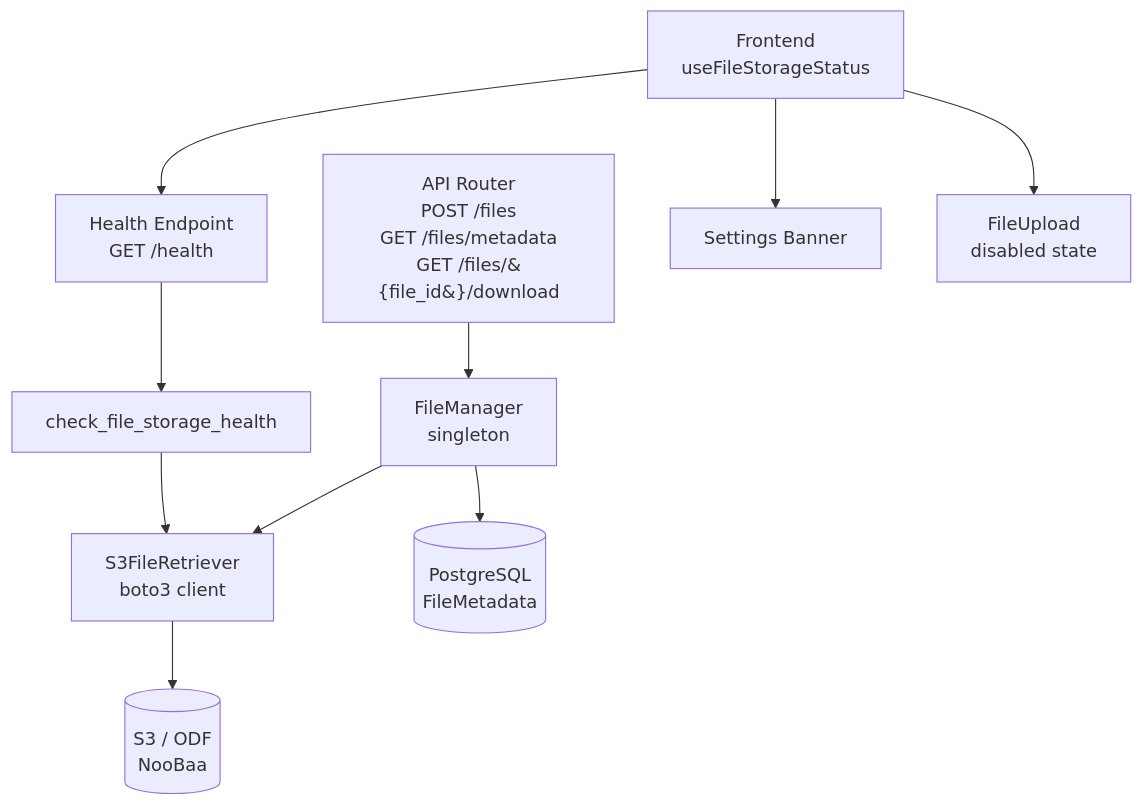
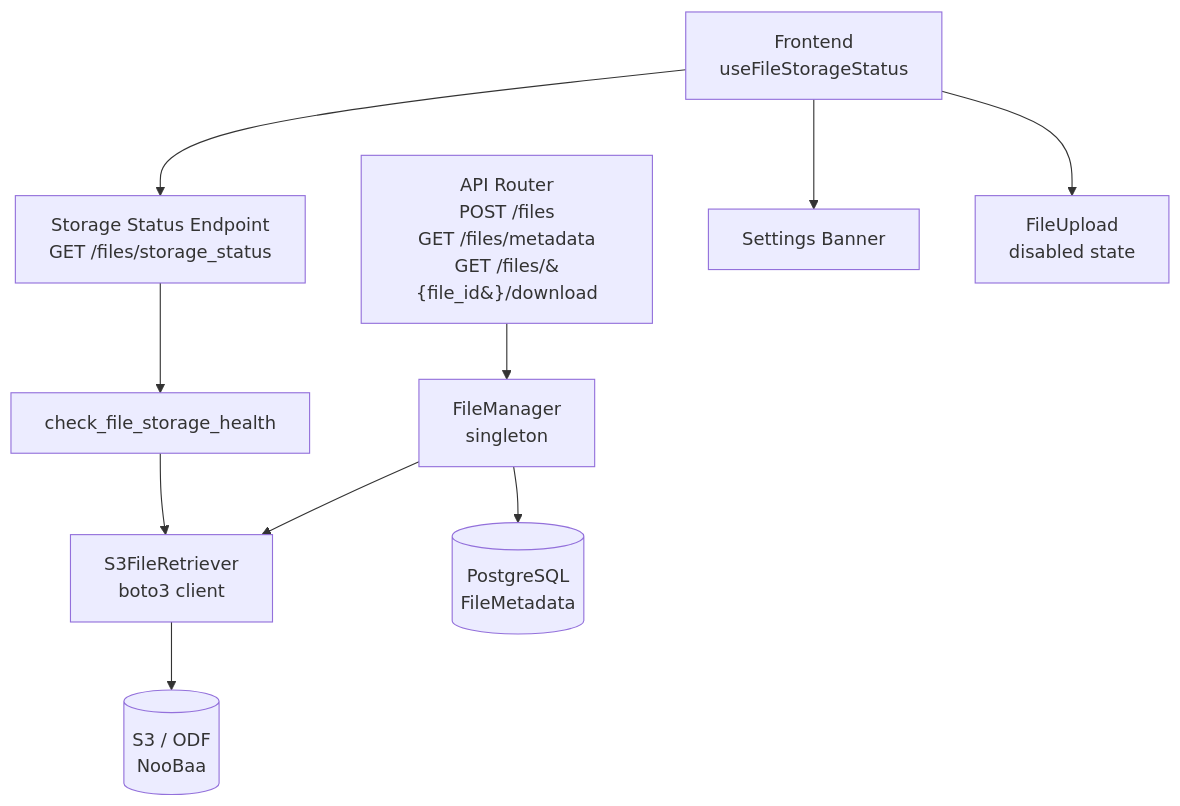
The first of 2 diagrams in backend/docs/file-storage.md (alinabuzachis/syntara), drawn with Mermaid before and after one commit. The commit also changed other lines of this file and 22 other files, not shown here.

````diff
--- a/backend/docs/file-storage.md
+++ b/backend/docs/file-storage.md
@@ -36,12 +36,12 @@
 ```mermaid
 graph TD
     A[API Router<br>POST /files<br>GET /files/metadata<br>GET /files/&#123;file_id&#125;/download] --> B[FileManager<br>singleton]
     B --> C[S3FileRetriever<br>boto3 client]
     C --> D[(S3 / ODF<br>NooBaa)]
     B --> E[(PostgreSQL<br>FileMetadata)]
-    F[Health Endpoint<br>GET /health] --> G[check_file_storage_health]
+    F[Storage Status Endpoint<br>GET /files/storage_status] --> G[check_file_storage_health]
     G --> C
     H[Frontend<br>useFileStorageStatus] --> F
     H --> I[Settings Banner]
     H --> J[FileUpload<br>disabled state]
 ```
````
